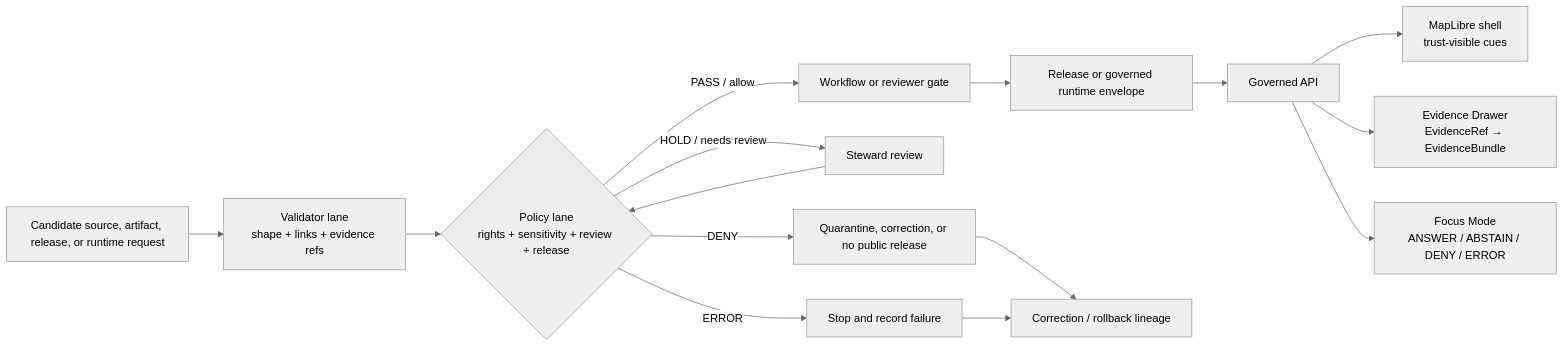
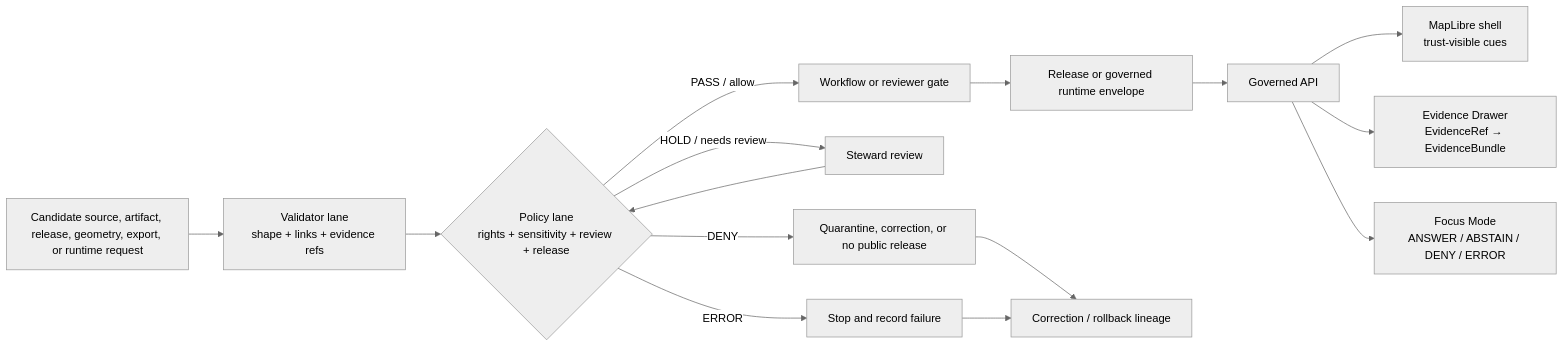
One commit to bartytime4life/Kansas-Frontier-Matrix changed the first of 2 diagrams in policy/README.md. Above: the diagram before and after it, drawn with Mermaid (neutral theme). The commit also changed other lines of this file, not shown here.

````diff
--- a/policy/README.md
+++ b/policy/README.md
@@ -302,19 +471,19 @@
 ```mermaid
 flowchart LR
-  A[Candidate source, artifact, release, or runtime request] --> B[Validator lane<br/>shape + links + evidence refs]
+  A[Candidate source, artifact, release, geometry, export, or runtime request] --> B[Validator lane<br/>shape + links + evidence refs]
   B --> C{Policy lane<br/>rights + sensitivity + review + release}
   C -->|PASS / allow| D[Workflow or reviewer gate]
   C -->|HOLD / needs review| E[Steward review]
   C -->|DENY| F[Quarantine, correction, or no public release]
   C -->|ERROR| G[Stop and record failure]
 
   D --> H[Release or governed runtime envelope]
   E --> C
   H --> I[Governed API]
   I --> J[MapLibre shell<br/>trust-visible cues]
   I --> K[Evidence Drawer<br/>EvidenceRef → EvidenceBundle]
   I --> L[Focus Mode<br/>ANSWER / ABSTAIN / DENY / ERROR]
 
   F --> M[Correction / rollback lineage]
   G --> M
 ```
````
